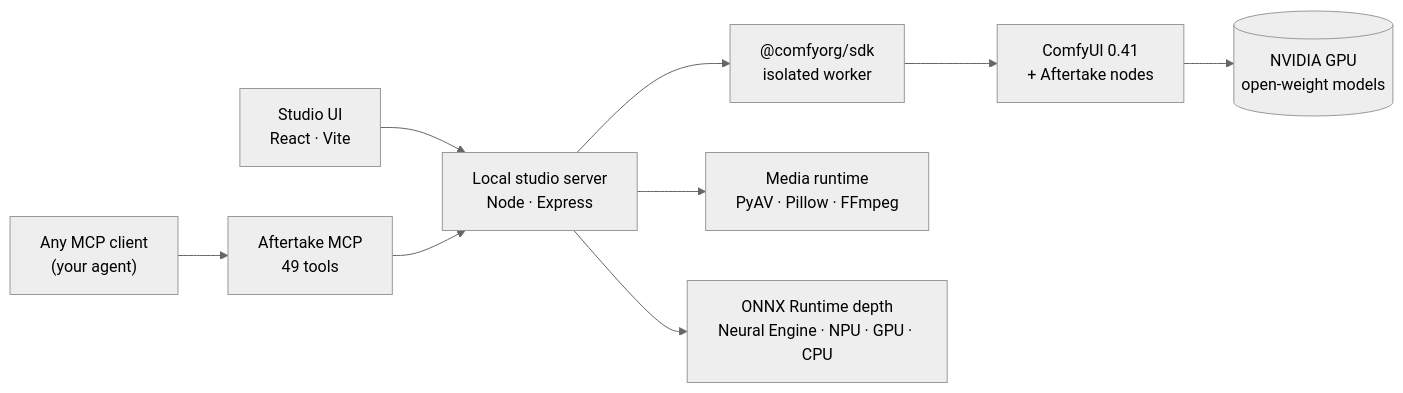
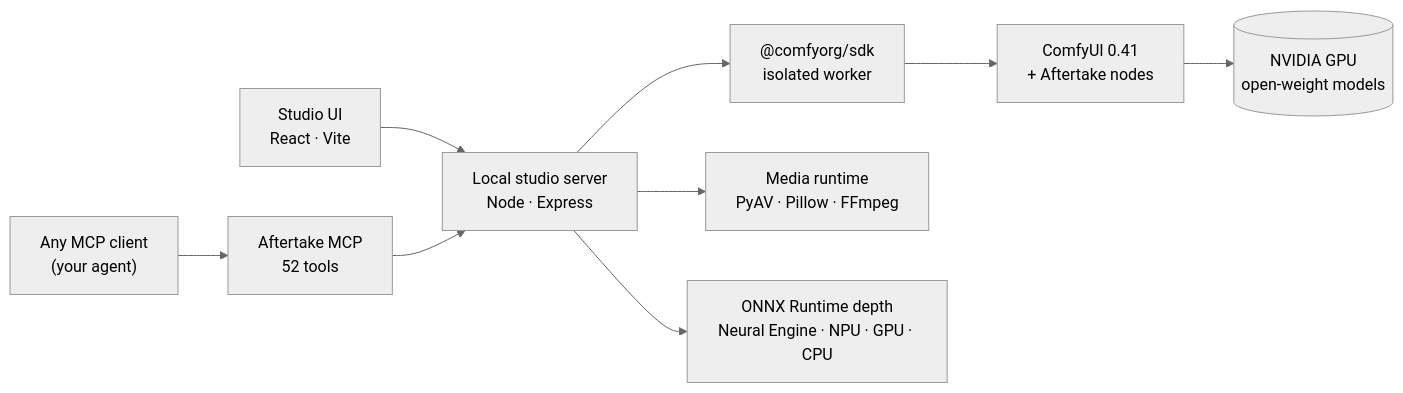
One commit to ItsSNOWMOBILE/aftertake changed the diagram in README.md. Above: the diagram before and after it, drawn with Mermaid (neutral theme). The commit also changed other lines of this file and 7 other files, not shown here.

Commit message:
Storyboard MCP tools and docs

````diff
--- a/README.md
+++ b/README.md
@@ -168,8 +168,8 @@
 ```mermaid
 flowchart LR
   UI["Studio UI<br/>React · Vite"] --> Server["Local studio server<br/>Node · Express"]
-  Agent["Any MCP client<br/>(your agent)"] --> MCP["Aftertake MCP<br/>49 tools"] --> Server
+  Agent["Any MCP client<br/>(your agent)"] --> MCP["Aftertake MCP<br/>52 tools"] --> Server
   Server --> SDK["@comfyorg/sdk<br/>isolated worker"] --> Comfy["ComfyUI 0.41<br/>+ Aftertake nodes"] --> GPU[("NVIDIA GPU<br/>open-weight models")]
   Server --> Media["Media runtime<br/>PyAV · Pillow · FFmpeg"]
   Server --> Depth["ONNX Runtime depth<br/>Neural Engine · NPU · GPU · CPU"]
 ```
````
